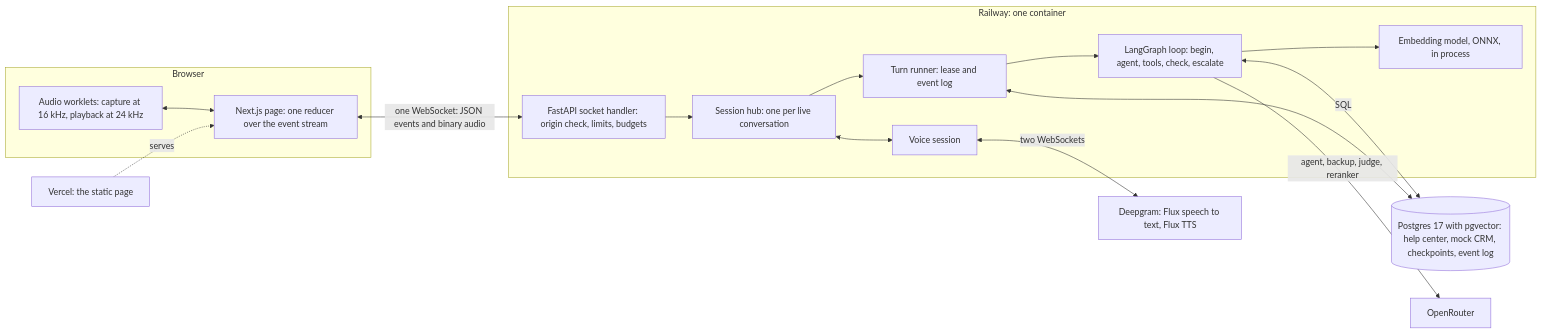
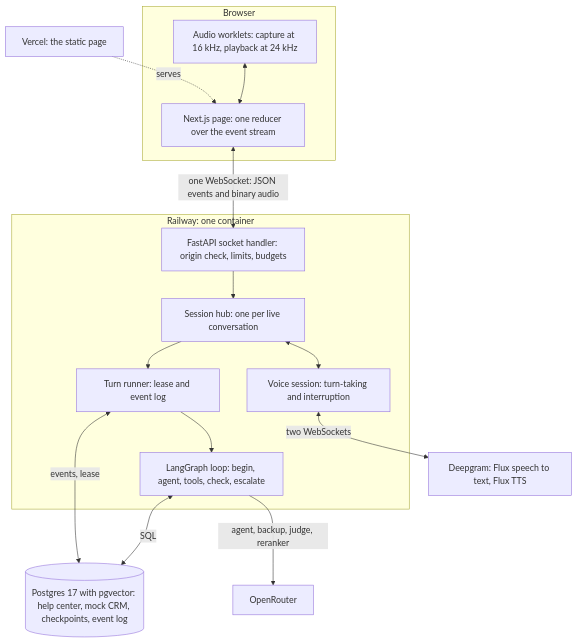
The first of 4 diagrams in ARCHITECTURE.md (raghav-rathi/AISupportAgent), drawn with Mermaid before and after one commit.

Commit message:
The system diagram reads at the width GitHub gives it
Laid out left to right it was drawn too small to read. It runs top to bottom now.

````diff
--- a/ARCHITECTURE.md
+++ b/ARCHITECTURE.md
@@ -7,27 +7,25 @@
 ```mermaid
-flowchart LR
+flowchart TB
+    VC["Vercel: the static page"] -.->|"serves"| UI
     subgraph BR["Browser"]
         UI["Next.js page: one reducer over the event stream"]
         AW["Audio worklets: capture at 16 kHz, playback at 24 kHz"]
         AW <--> UI
     end
-    VC["Vercel: the static page"] -.->|"serves"| UI
     UI <-->|"one WebSocket: JSON events and binary audio"| API
     subgraph RW["Railway: one container"]
         API["FastAPI socket handler: origin check, limits, budgets"]
         HUB["Session hub: one per live conversation"]
         RUN["Turn runner: lease and event log"]
         AG["LangGraph loop: begin, agent, tools, check, escalate"]
-        VS["Voice session"]
-        EM["Embedding model, ONNX, in process"]
+        VS["Voice session: turn-taking and interruption"]
         API --> HUB
         HUB --> RUN
         RUN --> AG
         HUB <--> VS
-        AG --> EM
     end
-    AG <-->|"SQL"| PG[("Postgres 17 with pgvector: help center, mock CRM, checkpoints, event log")]
-    RUN <--> PG
+    RUN <-->|"events, lease"| PG[("Postgres 17 with pgvector: help center, mock CRM, checkpoints, event log")]
+    AG <-->|"SQL"| PG
     AG -->|"agent, backup, judge, reranker"| ORT["OpenRouter"]
     VS <-->|"two WebSockets"| DG["Deepgram: Flux speech to text, Flux TTS"]
 ```
````
